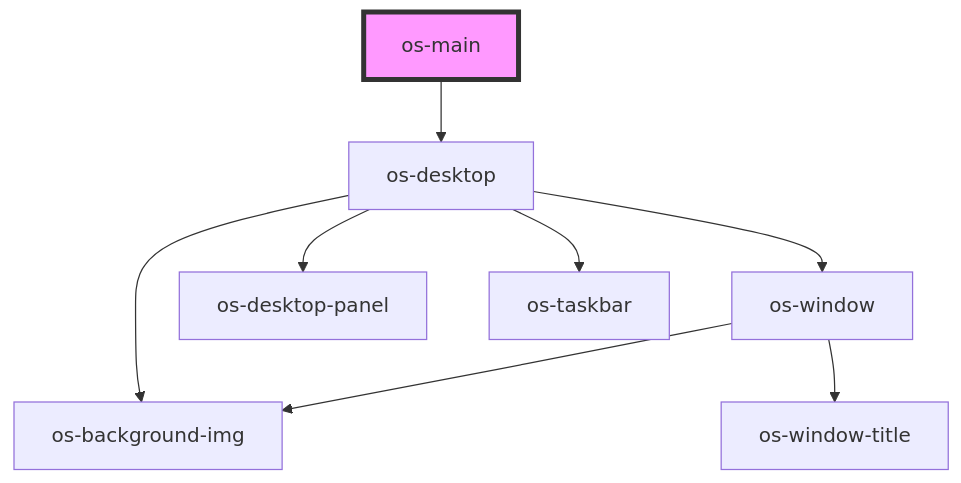
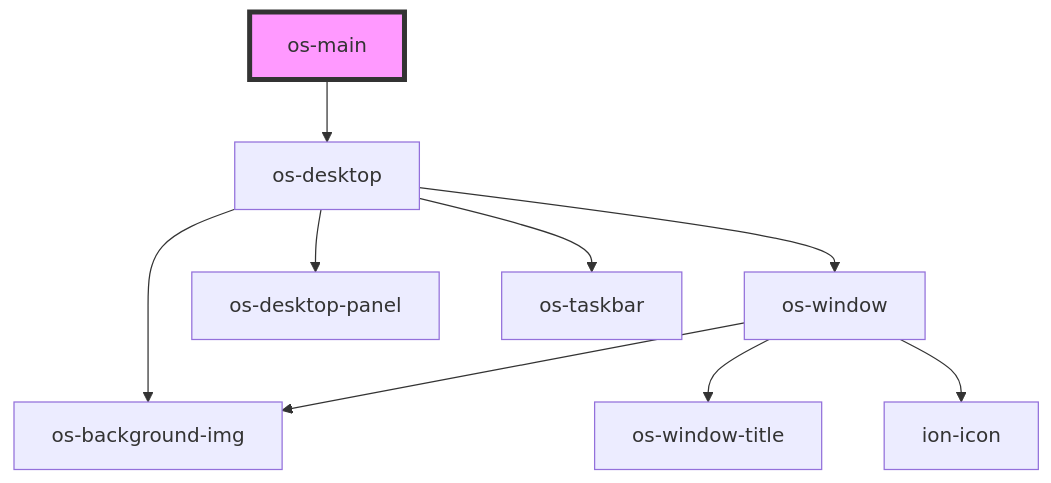
Before and after one commit to neko-chilyann/qx-os: the diagram in src/components/os-main/readme.md, drawn with Mermaid. The commit also changed 25 other files, not shown here.

````diff
--- a/src/components/os-main/readme.md
+++ b/src/components/os-main/readme.md
@@ -15,11 +15,12 @@
 ```mermaid
 graph TD;
   os-main --> os-desktop
   os-desktop --> os-window
   os-desktop --> os-background-img
   os-desktop --> os-desktop-panel
   os-desktop --> os-taskbar
   os-window --> os-background-img
   os-window --> os-window-title
+  os-window --> ion-icon
   style os-main fill:#f9f,stroke:#333,stroke-width:4px
 ```
````
